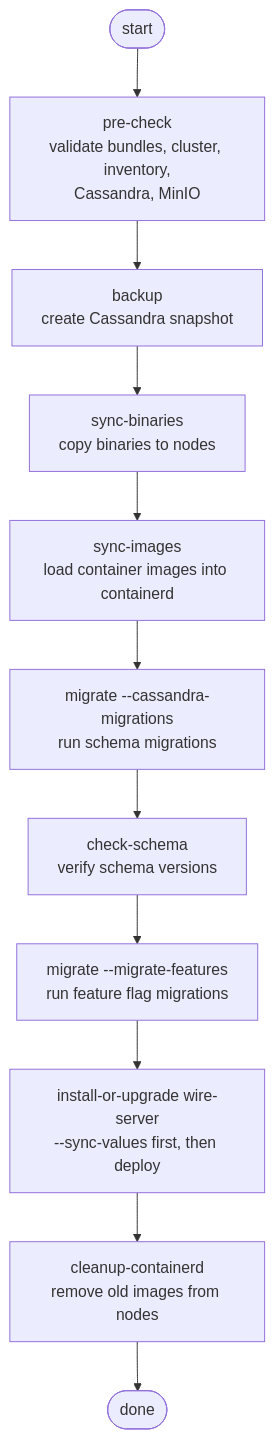
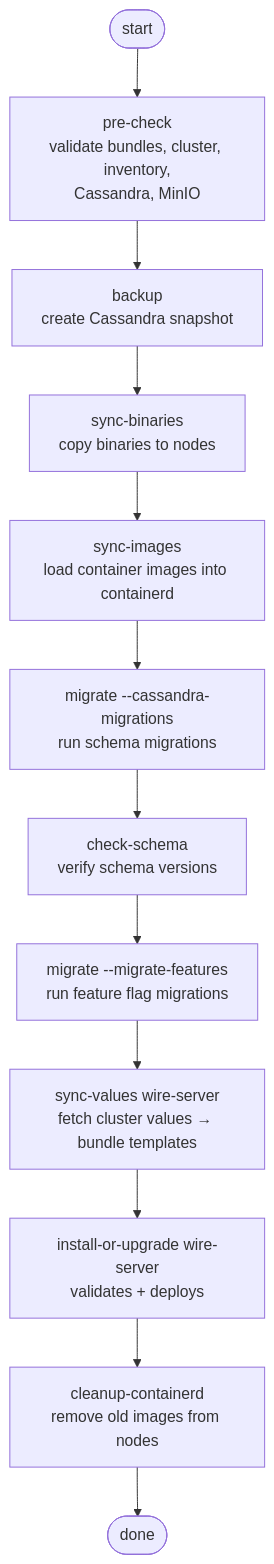
One commit to wireapp/wire-upgrade-tool changed the first of 5 diagrams in README.md. Above: the diagram before and after it, drawn with Mermaid. The commit also changed other lines of this file and 1 other file, not shown here.

First line of the commit message:
ci: auto-update README install URLs on release

````diff
--- a/README.md
+++ b/README.md
@@ -334,13 +357,14 @@
 ```mermaid
 flowchart TD
     A([start]) --> B["pre-check<br/>validate bundles, cluster, inventory,<br/>Cassandra, MinIO"]
     B --> C["backup<br/>create Cassandra snapshot"]
     C --> D["sync-binaries<br/>copy binaries to nodes"]
     D --> E["sync-images<br/>load container images into containerd"]
     E --> F["migrate --cassandra-migrations<br/>run schema migrations"]
     F --> G["check-schema<br/>verify schema versions"]
     G --> H["migrate --migrate-features<br/>run feature flag migrations"]
-    H --> I["install-or-upgrade wire-server<br/>--sync-values first, then deploy"]
-    I --> J["cleanup-containerd<br/>remove old images from nodes"]
+    H --> I["sync-values wire-server<br/>fetch cluster values → bundle templates"]
+    I --> I2["install-or-upgrade wire-server<br/>validates + deploys"]
+    I2 --> J["cleanup-containerd<br/>remove old images from nodes"]
     J --> K([done])
 ```
````
